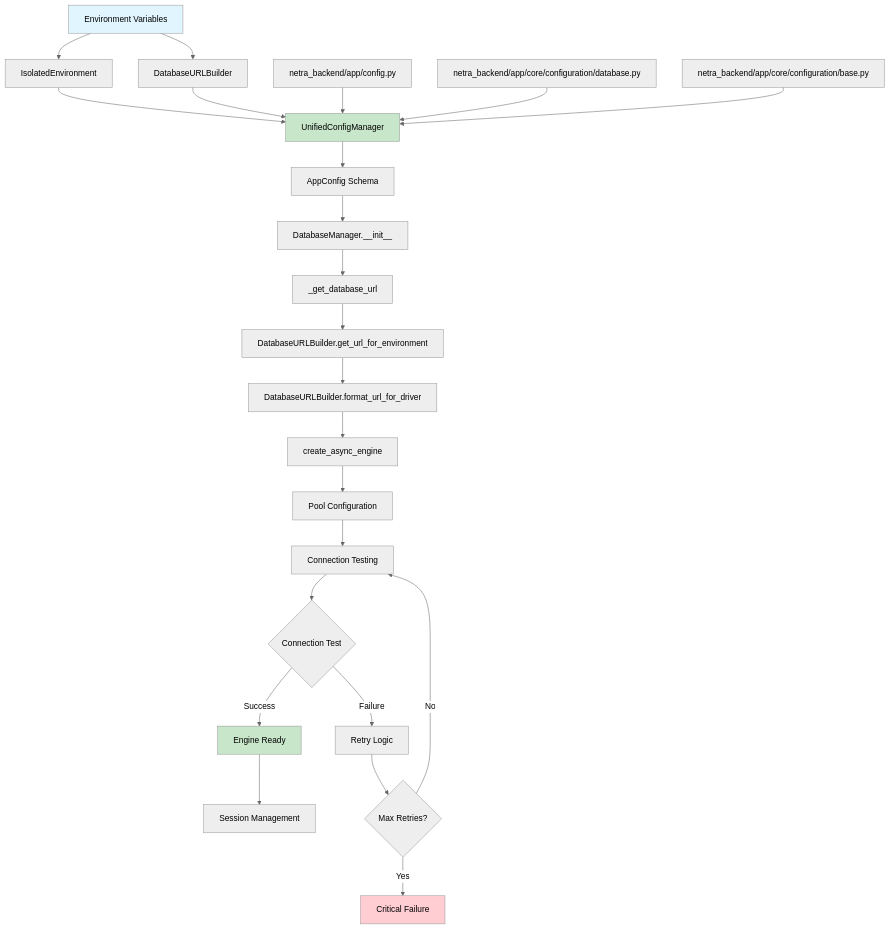
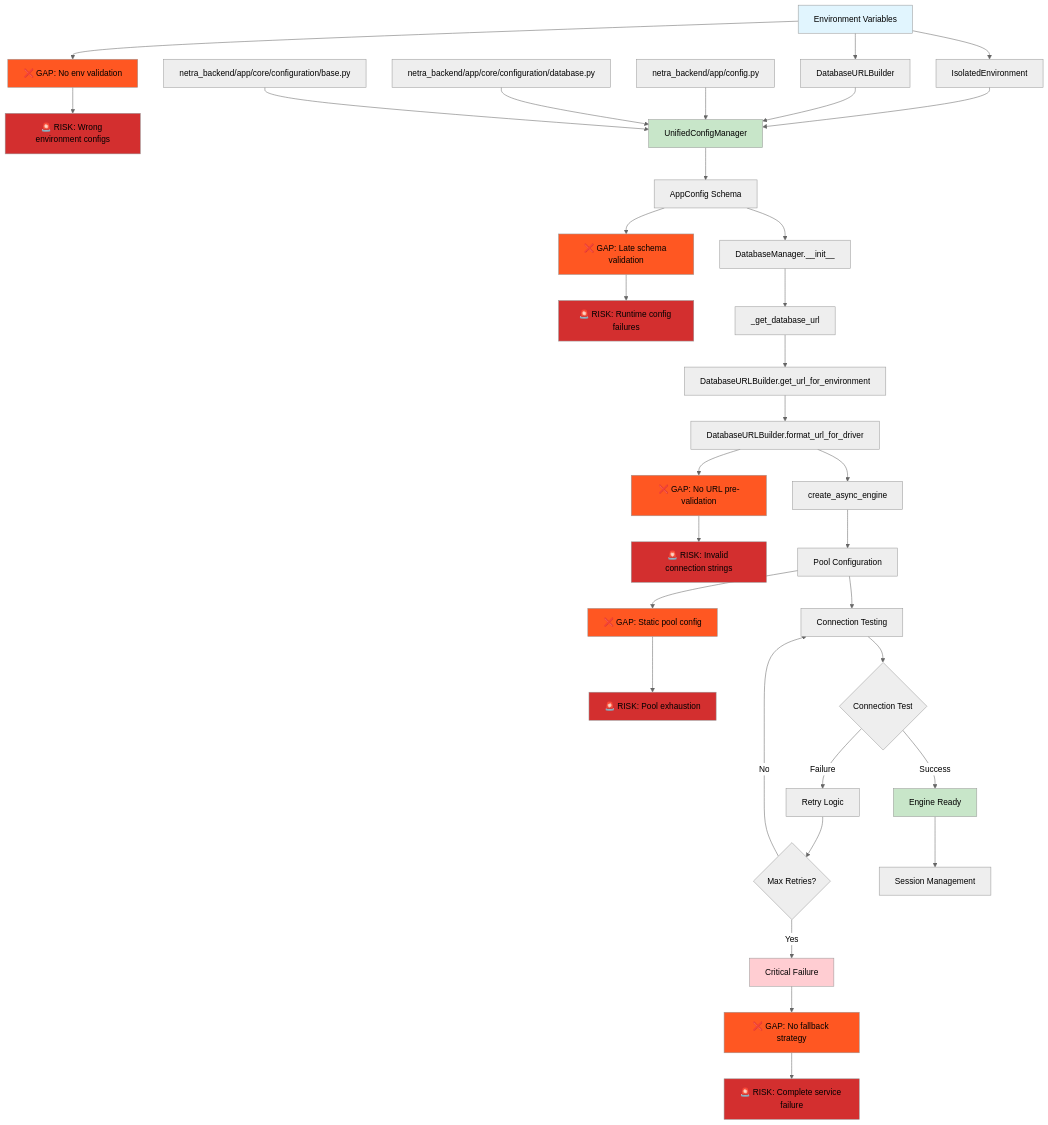
One commit to netra-systems/zen changed the first of 14 diagrams in docs/database_architecture_diagrams.md. Above: the diagram before and after it, drawn with Mermaid (neutral theme). The commit also changed other lines of this file and 3 other files, not shown here.

````diff
--- a/docs/database_architecture_diagrams.md
+++ b/docs/database_architecture_diagrams.md
@@ -9,43 +25,73 @@
 ```mermaid
 flowchart TD
-    %% Configuration Sources
+    %% Configuration Sources - GAPS HIGHLIGHTED
     A[Environment Variables] --> B[IsolatedEnvironment]
     A --> C[DatabaseURLBuilder]
+    
+    %% GAP: No validation of critical env vars at startup
+    A --> GAP1[❌ GAP: No env validation]
+    GAP1 --> RISK1[🚨 RISK: Wrong environment configs]
     
     %% Configuration Management SSOT
     B --> D[UnifiedConfigManager]
     C --> D
     D --> E[AppConfig Schema]
+    
+    %% GAP: Config schema validation happens too late
+    E --> GAP2[❌ GAP: Late schema validation]
+    GAP2 --> RISK2[🚨 RISK: Runtime config failures]
     
     %% Configuration Access Points
     F[netra_backend/app/config.py] --> D
     G[netra_backend/app/core/configuration/database.py] --> D
     H[netra_backend/app/core/configuration/base.py] --> D
     
     %% Database Manager Initialization
     E --> I[DatabaseManager.__init__]
     I --> J[_get_database_url]
     J --> K[DatabaseURLBuilder.get_url_for_environment]
     K --> L[DatabaseURLBuilder.format_url_for_driver]
     
+    %% GAP: No URL validation before engine creation
+    L --> GAP3[❌ GAP: No URL pre-validation]
+    GAP3 --> RISK3[🚨 RISK: Invalid connection strings]
+    
     %% Engine Creation
     L --> M[create_async_engine]
     M --> N[Pool Configuration]
     N --> O[Connection Testing]
+    
+    %% GAP: Pool configuration not environment-aware
+    N --> GAP4[❌ GAP: Static pool config]
+    GAP4 --> RISK4[🚨 RISK: Pool exhaustion]
     
     %% Success/Error States
     O --> P{Connection Test}
     P -->|Success| Q[Engine Ready]
     P -->|Failure| R[Retry Logic]
     R --> S{Max Retries?}
     S -->|No| O
     S -->|Yes| T[Critical Failure]
     
+    %% GAP: No graceful degradation on failure
+    T --> GAP5[❌ GAP: No fallback strategy]
+    GAP5 --> RISK5[🚨 RISK: Complete service failure]
+    
     %% Runtime Operations
     Q --> U[Session Management]
     
     style A fill:#e1f5fe
     style D fill:#c8e6c9
     style T fill:#ffcdd2
     style Q fill:#c8e6c9
+    style GAP1 fill:#ff5722
+    style GAP2 fill:#ff5722
+    style GAP3 fill:#ff5722
+    style GAP4 fill:#ff5722
+    style GAP5 fill:#ff5722
+    style RISK1 fill:#d32f2f
+    style RISK2 fill:#d32f2f
+    style RISK3 fill:#d32f2f
+    style RISK4 fill:#d32f2f
+    style RISK5 fill:#d32f2f
 ```
````
